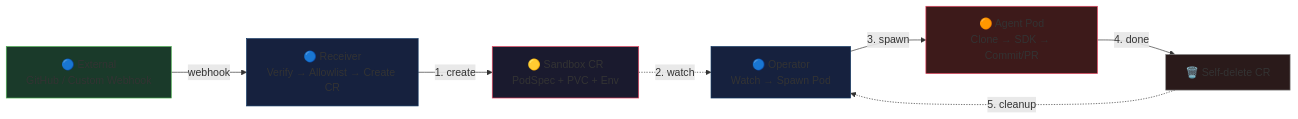
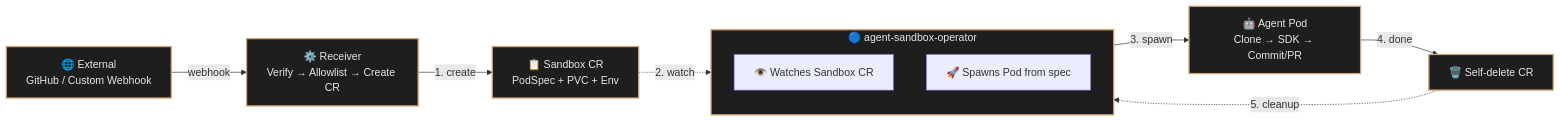
The diagram in README.md (duyet/claude-agent-runner), drawn with Mermaid before and after one commit.

Commit message:
docs: anthropic-style mermaid diagram

````diff
--- a/README.md
+++ b/README.md
@@ -7,23 +7,28 @@
 ```mermaid
 flowchart LR
-    T["🔵 External<br/>GitHub / Custom Webhook"]
-    R["🔵 Receiver<br/>Verify → Allowlist → Create CR"]
-    CR["🟡 Sandbox CR<br/>PodSpec + PVC + Env"]
-    O["🔵 Operator<br/>Watch → Spawn Pod"]
-    A["🟠 Agent Pod<br/>Clone → SDK → Commit/PR"]
+    T["🌐 External<br/>GitHub / Custom Webhook"]
+    R["⚙️ Receiver<br/>Verify → Allowlist → Create CR"]
+    CR["📋 Sandbox CR<br/>PodSpec + PVC + Env"]
+    A["🤖 Agent Pod<br/>Clone → SDK → Commit/PR"]
     SELF["🗑️ Self-delete CR"]
+
+    subgraph OP["🔵 agent-sandbox-operator"]
+        direction TB
+        style OP fill:#1e1e1e,stroke:#d4a574,stroke-width:2px,color:#e8e6e3
+        W["👁️ Watches Sandbox CR"]
+        SP["🚀 Spawns Pod from spec"]
+    end
 
     T -->|webhook| R
     R -->|1. create| CR
-    CR -.->|2. watch| O
-    O -->|3. spawn| A
+    CR -.->|2. watch| W
+    SP -->|3. spawn| A
     A -->|4. done| SELF
-    SELF -.->|5. cleanup| O
+    SELF -.->|5. cleanup| W
 
-    style T fill:#1a3a2a,stroke:#4caf50
-    style R fill:#16213e,stroke:#0f3460
-    style CR fill:#1a1a2e,stroke:#e94560
-    style O fill:#16213e,stroke:#0f3460
-    style A fill:#3d1a1a,stroke:#e94560
-    style SELF fill:#2a1a1a,stroke:#888
+    style T fill:#1e1e1e,stroke:#d4a574,stroke-width:2px,color:#e8e6e3
+    style R fill:#1e1e1e,stroke:#d4a574,stroke-width:2px,color:#e8e6e3
+    style CR fill:#1e1e1e,stroke:#d4a574,stroke-width:2px,color:#e8e6e3
+    style A fill:#1e1e1e,stroke:#d4a574,stroke-width:2px,color:#e8e6e3
+    style SELF fill:#1e1e1e,stroke:#d4a574,stroke-width:2px,color:#e8e6e3
 ```
````
